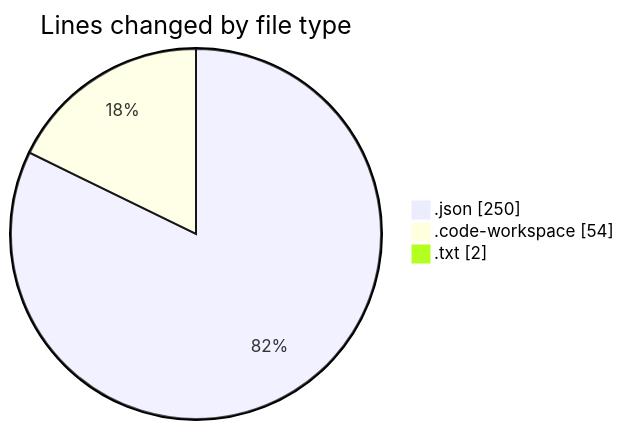
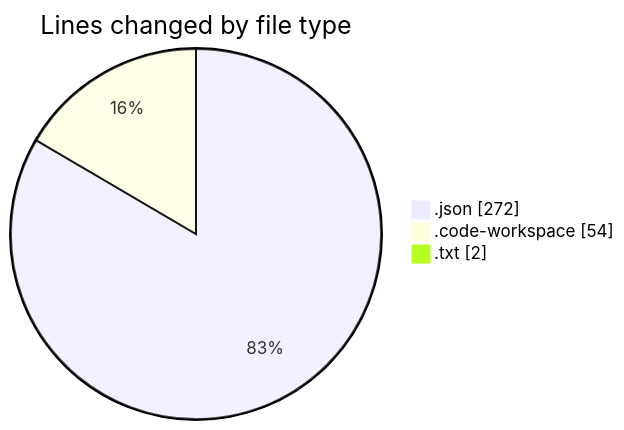
Before and after one commit to jadenblack/code-tracking: the first of 2 diagrams in 2026-02-24/workbench__workspace_/README.md, drawn with Mermaid. The commit also changed other lines of this file and 1 other file, not shown here.

````diff
--- a/2026-02-24/workbench__workspace_/README.md
+++ b/2026-02-24/workbench__workspace_/README.md
@@ -24,7 +24,7 @@
 ```mermaid
 pie showData
 title Lines changed by file type
-".json" : 250
+".json" : 272
 ".code-workspace" : 54
 ".txt" : 2
 ```
````
